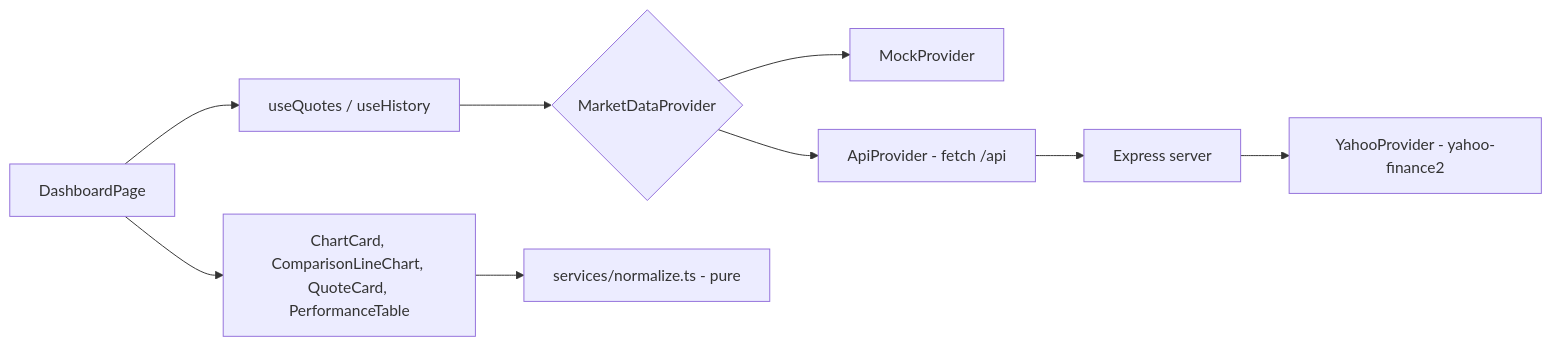
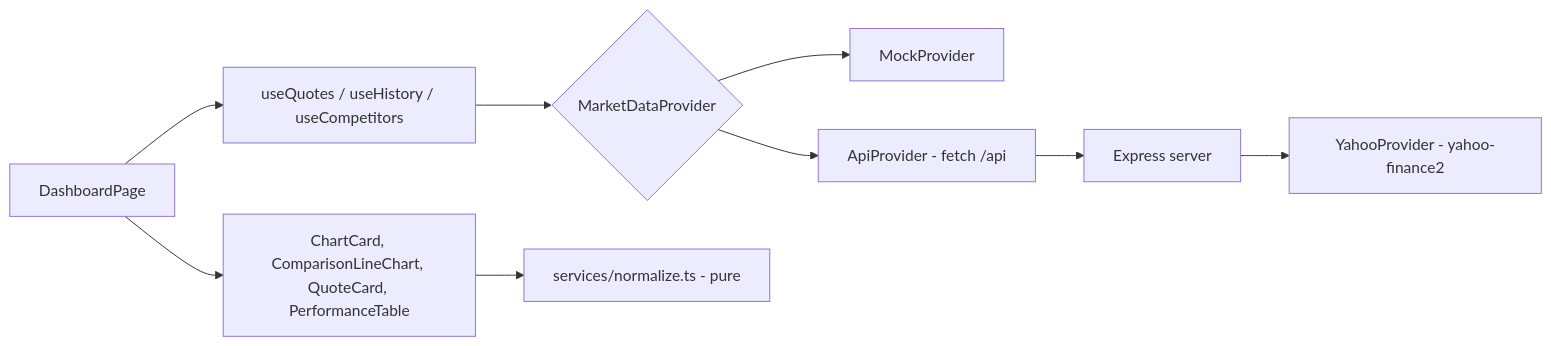
Before and after one commit to walt-perez/finance-app: the diagram in finance-app/docs/ARCHITECTURE.md, drawn with Mermaid. The commit also changed other lines of this file and 14 other files, not shown here.

````diff
--- a/finance-app/docs/ARCHITECTURE.md
+++ b/finance-app/docs/ARCHITECTURE.md
@@ -5,11 +5,11 @@
 ```mermaid
 flowchart LR
-  Page[DashboardPage] --> Hooks[useQuotes / useHistory]
+  Page[DashboardPage] --> Hooks[useQuotes / useHistory / useCompetitors]
   Hooks --> Provider{MarketDataProvider}
   Provider --> Mock[MockProvider]
   Provider --> Api[ApiProvider - fetch /api]
   Api --> Server[Express server]
   Server --> Yahoo[YahooProvider - yahoo-finance2]
   Page --> Cards[ChartCard, ComparisonLineChart, QuoteCard, PerformanceTable]
   Cards --> Normalize[services/normalize.ts - pure]
 ```
````
